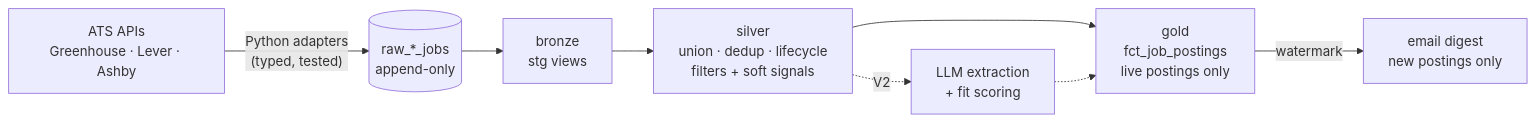
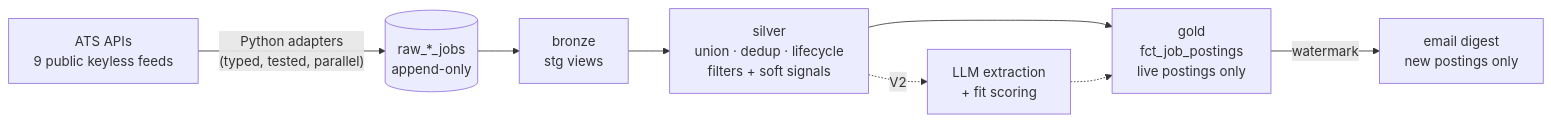
Before and after one commit to AMikhno/job-market-analytics: the diagram in README.md, drawn with Mermaid. The commit also changed other lines of this file and 6 other files, not shown here.

````diff
--- a/README.md
+++ b/README.md
@@ -8,10 +9,10 @@
 ```mermaid
 flowchart LR
-    A[ATS APIs<br/>Greenhouse · Lever · Ashby] -->|"Python adapters<br/>(typed, tested)"| B[(raw_*_jobs<br/>append-only)]
+    A[ATS APIs<br/>9 public keyless feeds] -->|"Python adapters<br/>(typed, tested, parallel)"| B[(raw_*_jobs<br/>append-only)]
     B --> C[bronze<br/>stg views]
     C --> D[silver<br/>union · dedup · lifecycle<br/>filters + soft signals]
     D --> E[gold<br/>fct_job_postings<br/>live postings only]
     E -->|watermark| F[email digest<br/>new postings only]
     D -.->|V2| G[LLM extraction<br/>+ fit scoring]
     G -.-> E
 ```
````
